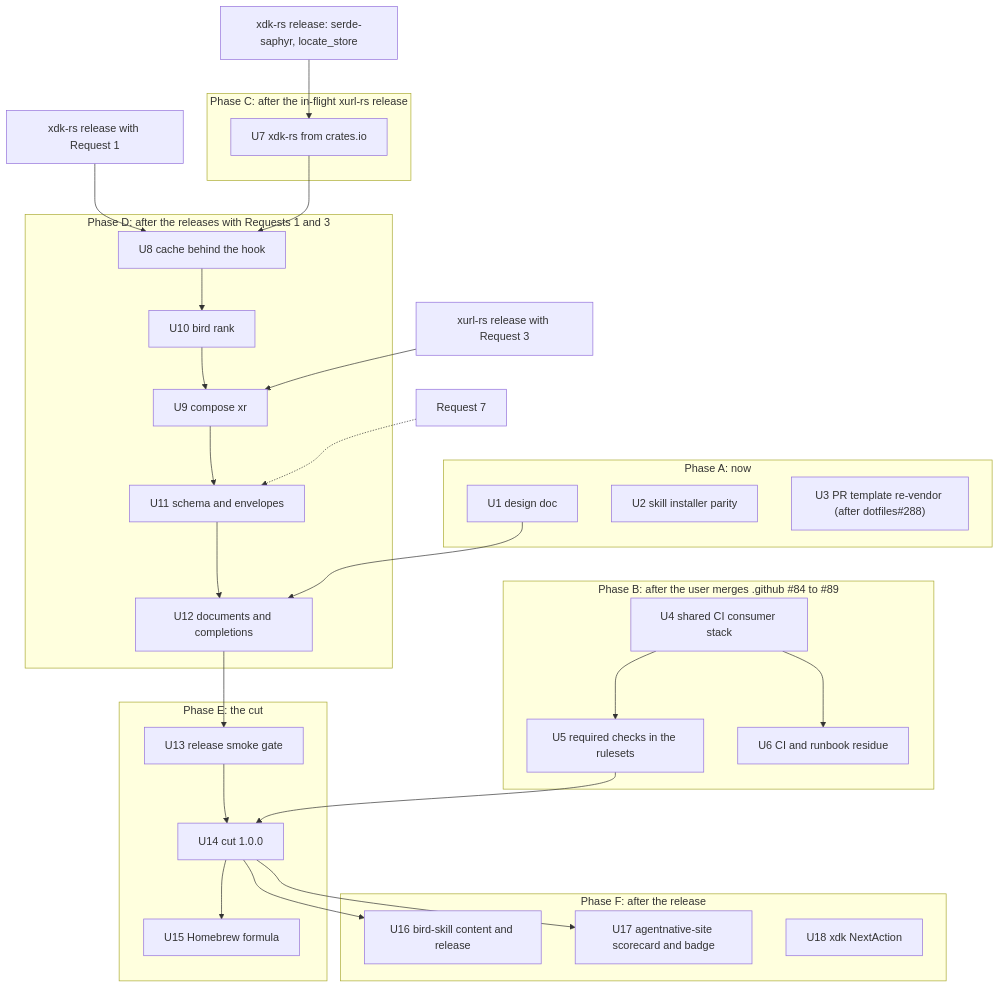
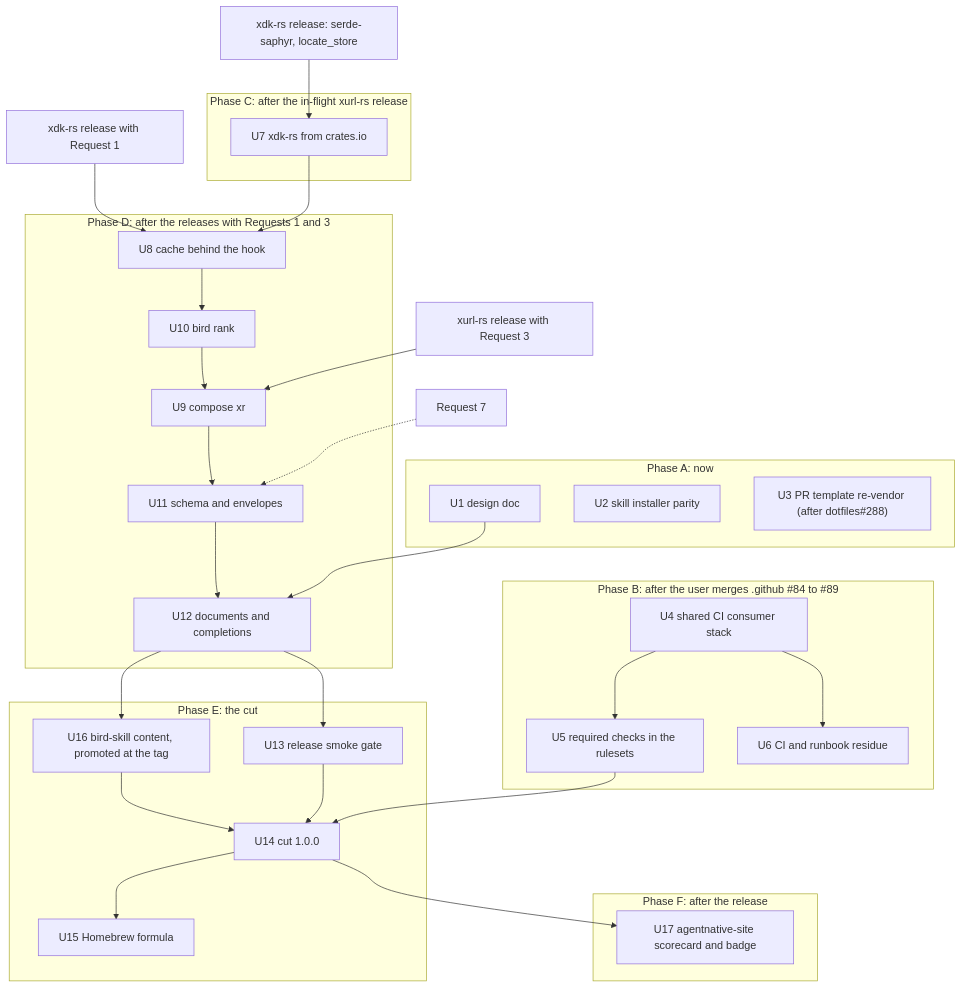
Before and after one commit to brettdavies/bird: the second of 2 diagrams in docs/plans/2026-10-22-005-feat-bird-1-0-0-remaining-work-plan.md, drawn with Mermaid. The commit also changed other lines of this file, not shown here.

````diff
--- a/docs/plans/2026-10-22-005-feat-bird-1-0-0-remaining-work-plan.md
+++ b/docs/plans/2026-10-22-005-feat-bird-1-0-0-remaining-work-plan.md
@@ -357,37 +363,36 @@
 ```mermaid
 flowchart TB
   subgraph A["Phase A: now"]
     U1["U1 design doc"]
     U2["U2 skill installer parity"]
     U3["U3 PR template re-vendor (after dotfiles#288)"]
   end
   subgraph B["Phase B: after the user merges .github #84 to #89"]
     U4["U4 shared CI consumer stack"] --> U5["U5 required checks in the rulesets"]
     U4 --> U6["U6 CI and runbook residue"]
   end
   subgraph C["Phase C: after the in-flight xurl-rs release"]
     U7["U7 xdk-rs from crates.io"]
   end
   subgraph D["Phase D: after the releases with Requests 1 and 3"]
     U8["U8 cache behind the hook"] --> U10["U10 bird rank"] --> U9["U9 compose xr"]
     U9 --> U11["U11 schema and envelopes"] --> U12["U12 documents and completions"]
   end
   subgraph E["Phase E: the cut"]
+    U16["U16 bird-skill content, promoted at the tag"] --> U14
     U13["U13 release smoke gate"] --> U14["U14 cut 1.0.0"] --> U15["U15 Homebrew formula"]
   end
   subgraph F["Phase F: after the release"]
-    U16["U16 bird-skill content and release"]
     U17["U17 agentnative-site scorecard and badge"]
-    U18["U18 xdk NextAction"]
   end
   REL0["xdk-rs release: serde-saphyr, locate_store"] --> U7
   REQ1["xdk-rs release with Request 1"] --> U8
   REQ3["xurl-rs release with Request 3"] --> U9
   U7 --> U8
   U5 --> U14
   U12 --> U13
   U1 --> U12
-  U14 --> U16
+  U12 --> U16
   U14 --> U17
   REQ7["Request 7"] -.-> U11
 ```
````
